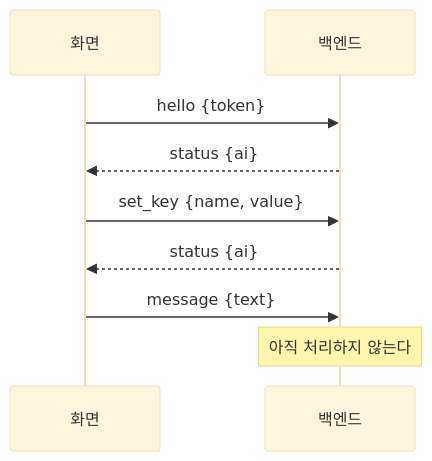
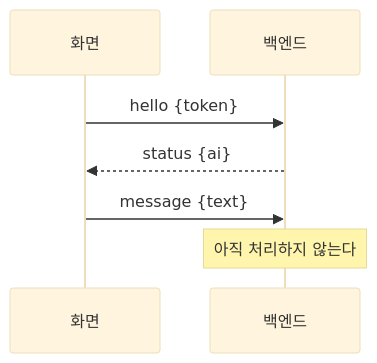
The diagram in docs/backend-protocol.md (HEOSEONGILml/AssistantChatBot), drawn with Mermaid (base theme) before and after one commit. The commit also changed other lines of this file and 1 other file, not shown here.

Commit message:
docs: set_key·keyring 제거를 프로토콜·비전 문서에 맞춘다

````diff
--- a/docs/backend-protocol.md
+++ b/docs/backend-protocol.md
@@ -12,11 +12,9 @@
 ```mermaid
 sequenceDiagram
   participant S as 화면
   participant B as 백엔드
   S->>B: hello {token}
   B-->>S: status {ai}
-  S->>B: set_key {name, value}
-  B-->>S: status {ai}
   S->>B: message {text}
   Note over B: 아직 처리하지 않는다
 ```
````
